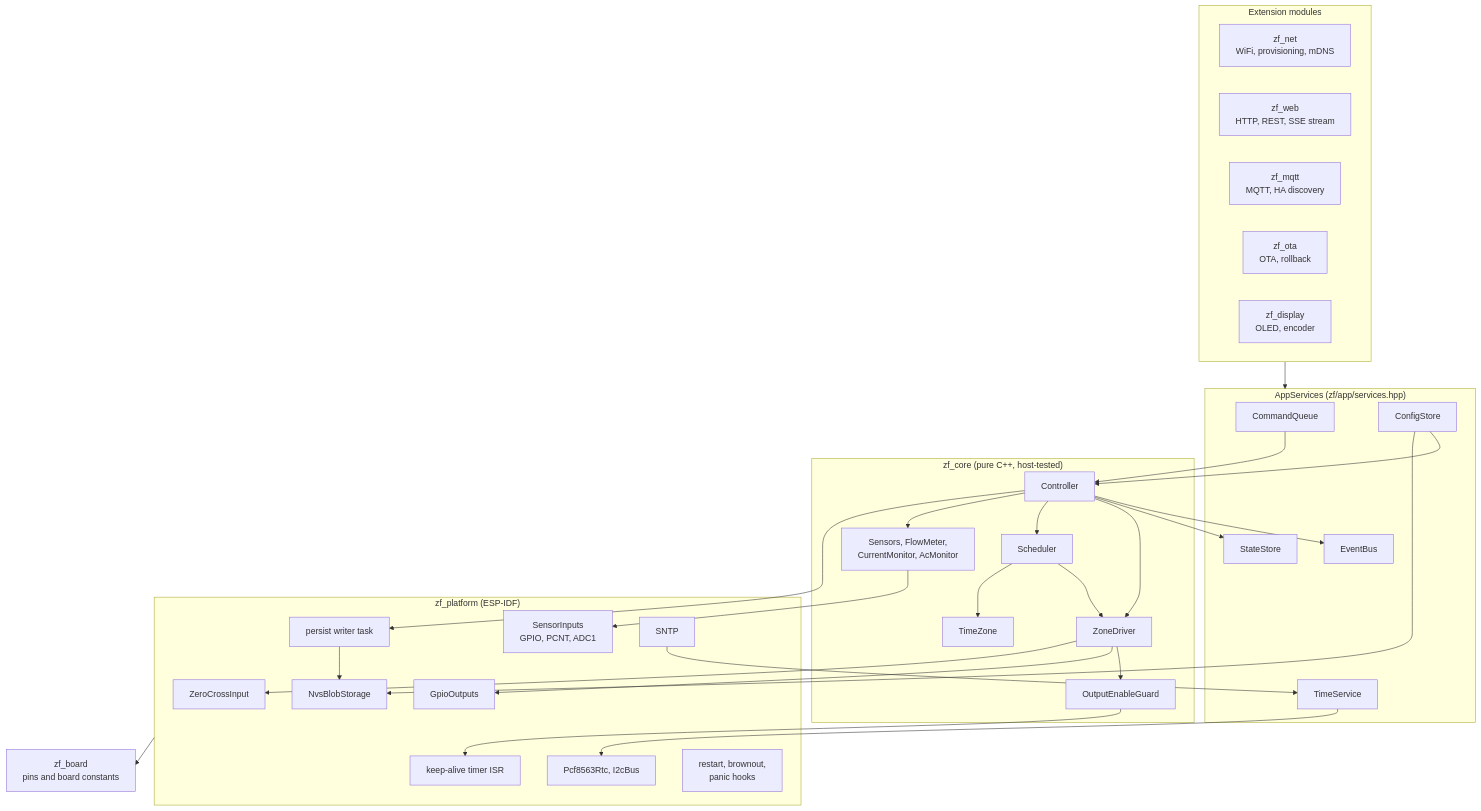
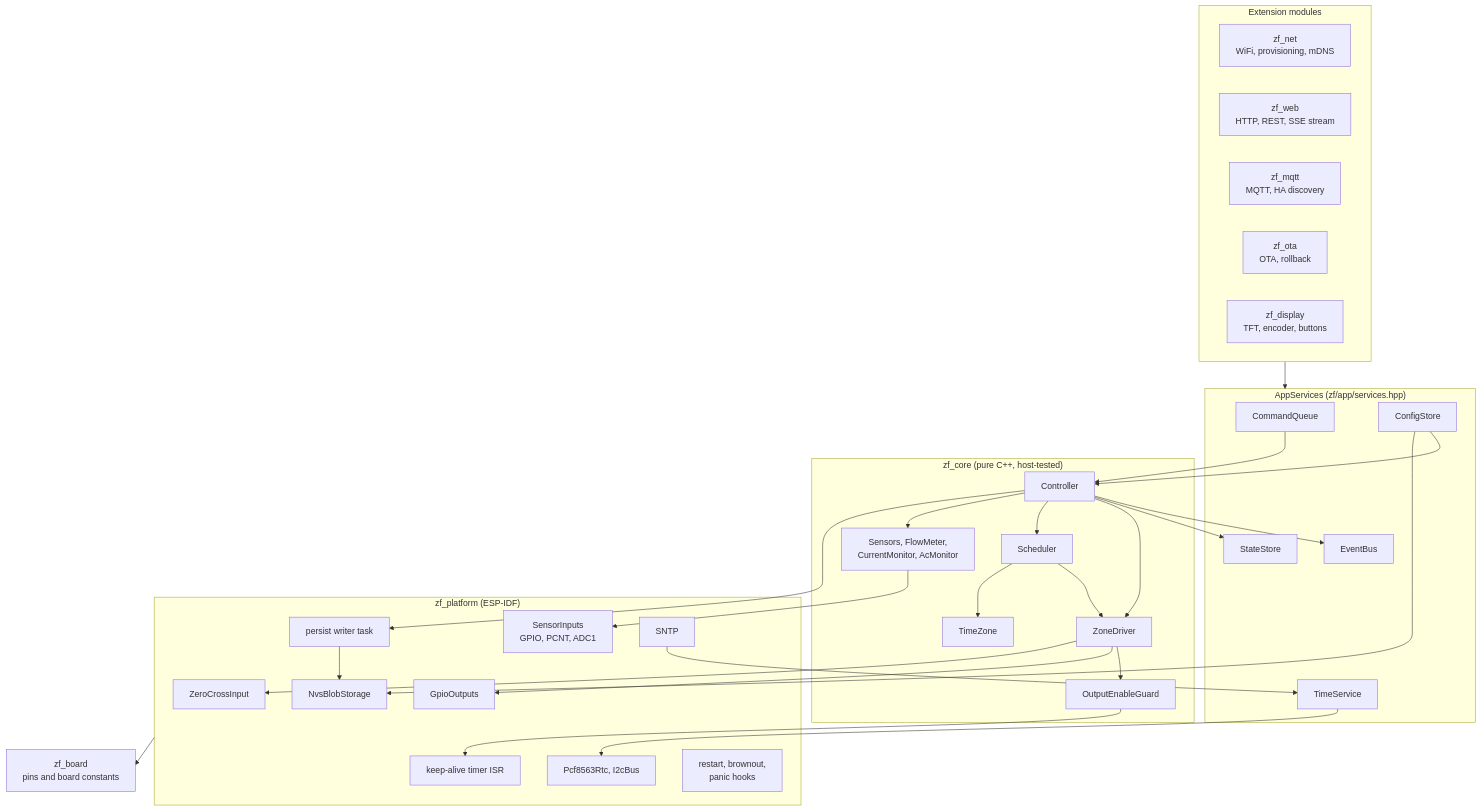
One commit to syntroniks/zoneflow changed the first of 2 diagrams in docs/design/firmware-architecture.md. Above: the diagram before and after it, drawn with Mermaid. The commit also changed other lines of this file and 139 other files, not shown here.

````diff
--- a/docs/design/firmware-architecture.md
+++ b/docs/design/firmware-architecture.md
@@ -20,63 +22,63 @@
 ```mermaid
 flowchart TB
     subgraph ext["Extension modules"]
         net[zf_net<br/>WiFi, provisioning, mDNS]
         web[zf_web<br/>HTTP, REST, SSE stream]
         mqtt[zf_mqtt<br/>MQTT, HA discovery]
         ota[zf_ota<br/>OTA, rollback]
-        disp[zf_display<br/>OLED, encoder]
+        disp[zf_display<br/>TFT, encoder, buttons]
     end
 
     subgraph svc["AppServices (zf/app/services.hpp)"]
         cmdq[CommandQueue]
         bus[EventBus]
         state[StateStore]
         cfg[ConfigStore]
         time[TimeService]
     end
 
     subgraph core["zf_core (pure C++, host-tested)"]
         ctrl[Controller]
         drv[ZoneDriver]
         sched[Scheduler]
         diag[Sensors, FlowMeter,<br/>CurrentMonitor, AcMonitor]
         oeg[OutputEnableGuard]
         tz[TimeZone]
     end
 
     subgraph plat["zf_platform (ESP-IDF)"]
         gpio[GpioOutputs]
         ka[keep-alive timer ISR]
         zc[ZeroCrossInput]
         pw[persist writer task]
         sens[SensorInputs<br/>GPIO, PCNT, ADC1]
         nvs[NvsBlobStorage]
         rtc[Pcf8563Rtc, I2cBus]
         sntp[SNTP]
         safe[restart, brownout,<br/>panic hooks]
     end
 
     board[zf_board<br/>pins and board constants]
 
     ext --> svc
     cmdq --> ctrl
     ctrl --> bus
     ctrl --> state
     cfg --> ctrl
     ctrl --> drv
     ctrl --> sched
     ctrl --> diag
     sched --> drv
     sched --> tz
     drv --> oeg
     drv --> gpio
     drv --> zc
     ctrl --> pw
     pw --> nvs
     oeg --> ka
     diag --> sens
     cfg --> nvs
     time --> rtc
     sntp --> time
     plat --> board
 ```
````
